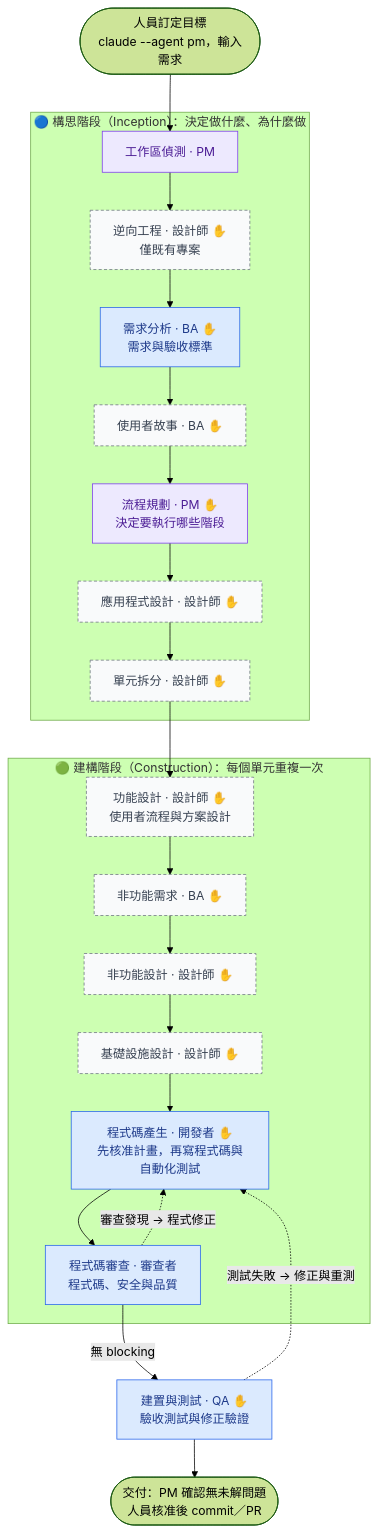
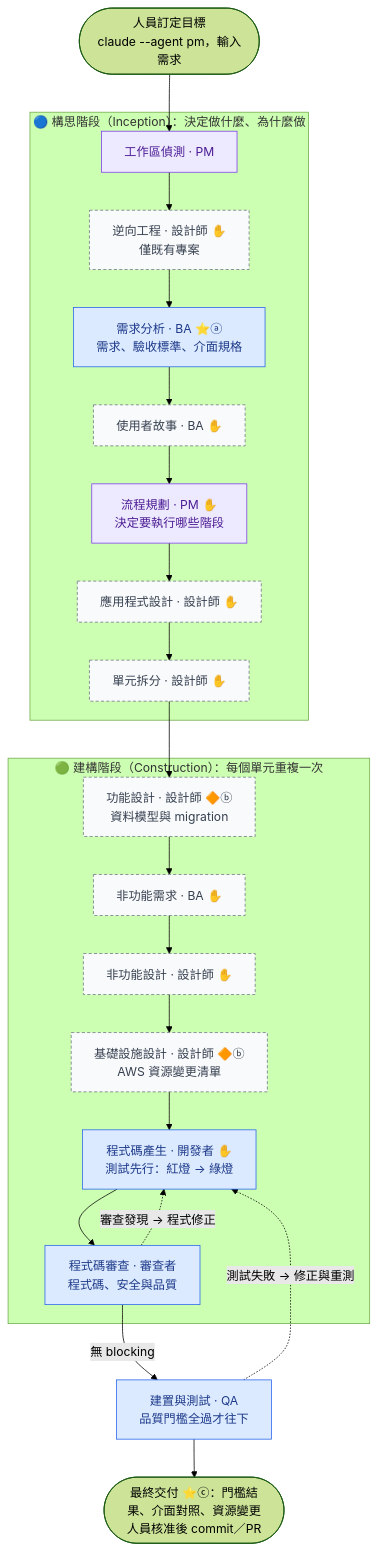
Before and after one commit to shihjosh/Personal-AI-DLC: the second of 4 diagrams in README.md, drawn with Mermaid (forest theme). The commit also changed other lines of this file and 14 other files, not shown here.

````diff
--- a/README.md
+++ b/README.md
@@ -66,38 +66,38 @@
 ```mermaid
 flowchart TD
     START(["人員訂定目標<br/>claude --agent pm，輸入需求"]) --> WD
 
     subgraph INCEPTION["🔵 構思階段（Inception）：決定做什麼、為什麼做"]
         WD["工作區偵測 · PM"]
         RE["逆向工程 · 設計師 ✋<br/>僅既有專案"]
-        RA["需求分析 · BA ✋<br/>需求與驗收標準"]
+        RA["需求分析 · BA ⭐ⓐ<br/>需求、驗收標準、介面規格"]
         US["使用者故事 · BA ✋"]
         WP["流程規劃 · PM ✋<br/>決定要執行哪些階段"]
         AD["應用程式設計 · 設計師 ✋"]
         UG["單元拆分 · 設計師 ✋"]
         WD --> RE --> RA --> US --> WP --> AD --> UG
     end
 
     subgraph CONSTRUCTION["🟢 建構階段（Construction）：每個單元重複一次"]
-        FD["功能設計 · 設計師 ✋<br/>使用者流程與方案設計"]
+        FD["功能設計 · 設計師 🔶ⓑ<br/>資料模型與 migration"]
         NR["非功能需求 · BA ✋"]
         ND["非功能設計 · 設計師 ✋"]
-        ID["基礎設施設計 · 設計師 ✋"]
-        CG["程式碼產生 · 開發者 ✋<br/>先核准計畫，再寫程式碼與自動化測試"]
+        ID["基礎設施設計 · 設計師 🔶ⓑ<br/>AWS 資源變更清單"]
+        CG["程式碼產生 · 開發者 ✋<br/>測試先行：紅燈 → 綠燈"]
         CR["程式碼審查 · 審查者<br/>程式碼、安全與品質"]
         FD --> NR --> ND --> ID --> CG --> CR
         CR -.->|審查發現 → 程式修正| CG
     end
 
     UG --> FD
-    CR -->|無 blocking| BT["建置與測試 · QA ✋<br/>驗收測試與修正驗證"]
+    CR -->|無 blocking| BT["建置與測試 · QA<br/>品質門檻全過才往下"]
     BT -.->|測試失敗 → 修正與重測| CG
-    BT --> DONE(["交付：PM 確認無未解問題<br/>人員核准後 commit／PR"])
+    BT --> DONE(["最終交付 ⭐ⓒ：門檻結果、介面對照、資源變更<br/>人員核准後 commit／PR"])
 
     classDef pm fill:#ede9fe,stroke:#7c3aed,color:#4c1d95
     classDef always fill:#dbeafe,stroke:#2563eb,color:#1e3a8a
     classDef cond fill:#f9fafb,stroke:#6b7280,stroke-dasharray:4 3,color:#374151
     class WD,WP pm
     class RA,CG,CR,BT always
     class RE,US,AD,UG,FD,NR,ND,ID cond
 ```
````
